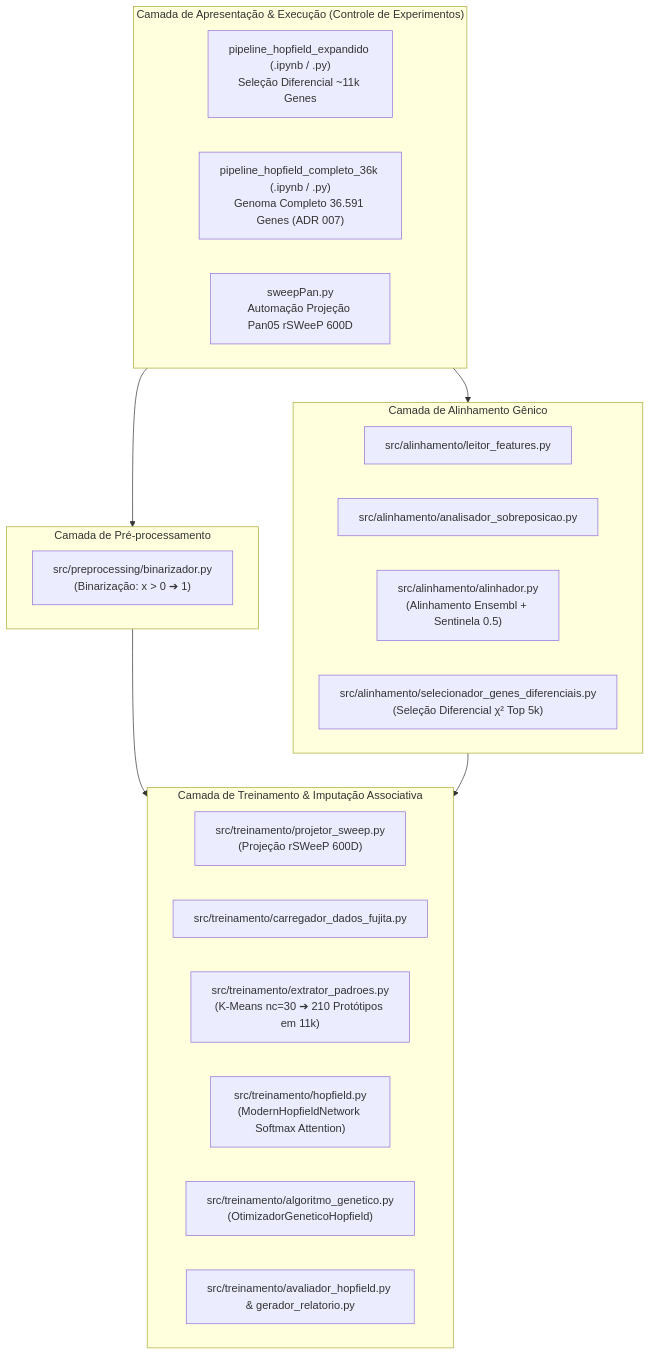
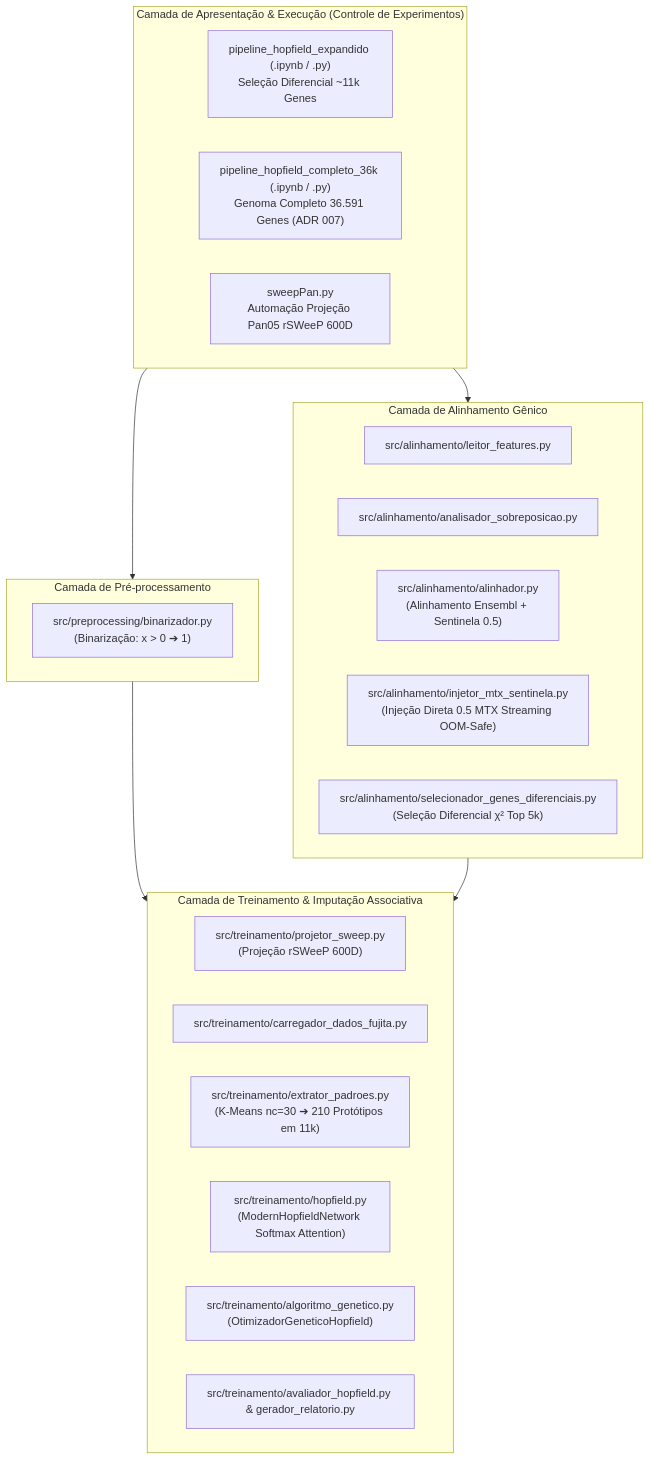
Before and after one commit to letdevx/pipiline_hopifield: the first of 2 diagrams in second_brain/01_Projetos/pipeline_hopfield_expandido/arquitetura_do_sistema.md, drawn with Mermaid. The commit also changed other lines of this file and 5 other files, not shown here.

Commit message:
feat(alinhamento): adicionar InjetorMTXSentinela e notebook dedicado teste_injecao_direta_mtx_05_sweep

````diff
--- a/second_brain/01_Projetos/pipeline_hopfield_expandido/arquitetura_do_sistema.md
+++ b/second_brain/01_Projetos/pipeline_hopfield_expandido/arquitetura_do_sistema.md
@@ -22,33 +22,34 @@
 ```mermaid
 graph TD
     subgraph Presentation["Camada de Apresentação & Execução (Controle de Experimentos)"]
         NB11K["pipeline_hopfield_expandido (.ipynb / .py)<br/>Seleção Diferencial ~11k Genes"]
         NB36K["pipeline_hopfield_completo_36k (.ipynb / .py)<br/>Genoma Completo 36.591 Genes (ADR 007)"]
         SWPAN["sweepPan.py<br/>Automação Projeção Pan05 rSWeeP 600D"]
     end
 
     subgraph Preprocessing["Camada de Pré-processamento"]
         BIN["src/preprocessing/binarizador.py<br/>(Binarização: x > 0 ➔ 1)"]
     end
 
     subgraph Alignment["Camada de Alinhamento Gênico"]
         LEIT["src/alinhamento/leitor_features.py"]
         SOBR["src/alinhamento/analisador_sobreposicao.py"]
         ALIN["src/alinhamento/alinhador.py<br/>(Alinhamento Ensembl + Sentinela 0.5)"]
+        INJ["src/alinhamento/injetor_mtx_sentinela.py<br/>(Injeção Direta 0.5 MTX Streaming OOM-Safe)"]
         SELE["src/alinhamento/selecionador_genes_diferenciais.py<br/>(Seleção Diferencial χ² Top 5k)"]
     end
 
     subgraph Training["Camada de Treinamento & Imputação Associativa"]
         PROJ["src/treinamento/projetor_sweep.py<br/>(Projeção rSWeeP 600D)"]
         CARR["src/treinamento/carregador_dados_fujita.py"]
         EXTR["src/treinamento/extrator_padroes.py<br/>(K-Means nc=30 ➔ 210 Protótipos em 11k)"]
         HOPF["src/treinamento/hopfield.py<br/>(ModernHopfieldNetwork Softmax Attention)"]
         GA["src/treinamento/algoritmo_genetico.py<br/>(OtimizadorGeneticoHopfield)"]
         EVAL["src/treinamento/avaliador_hopfield.py & gerador_relatorio.py"]
     end
 
     Presentation --> Preprocessing
     Presentation --> Alignment
     Preprocessing --> Training
     Alignment --> Training
 ```
````
